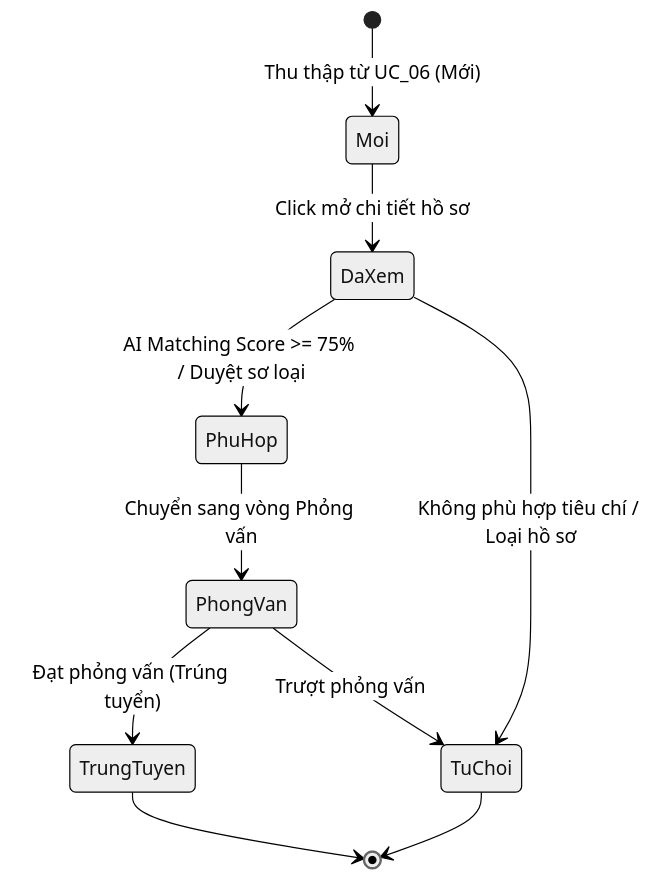
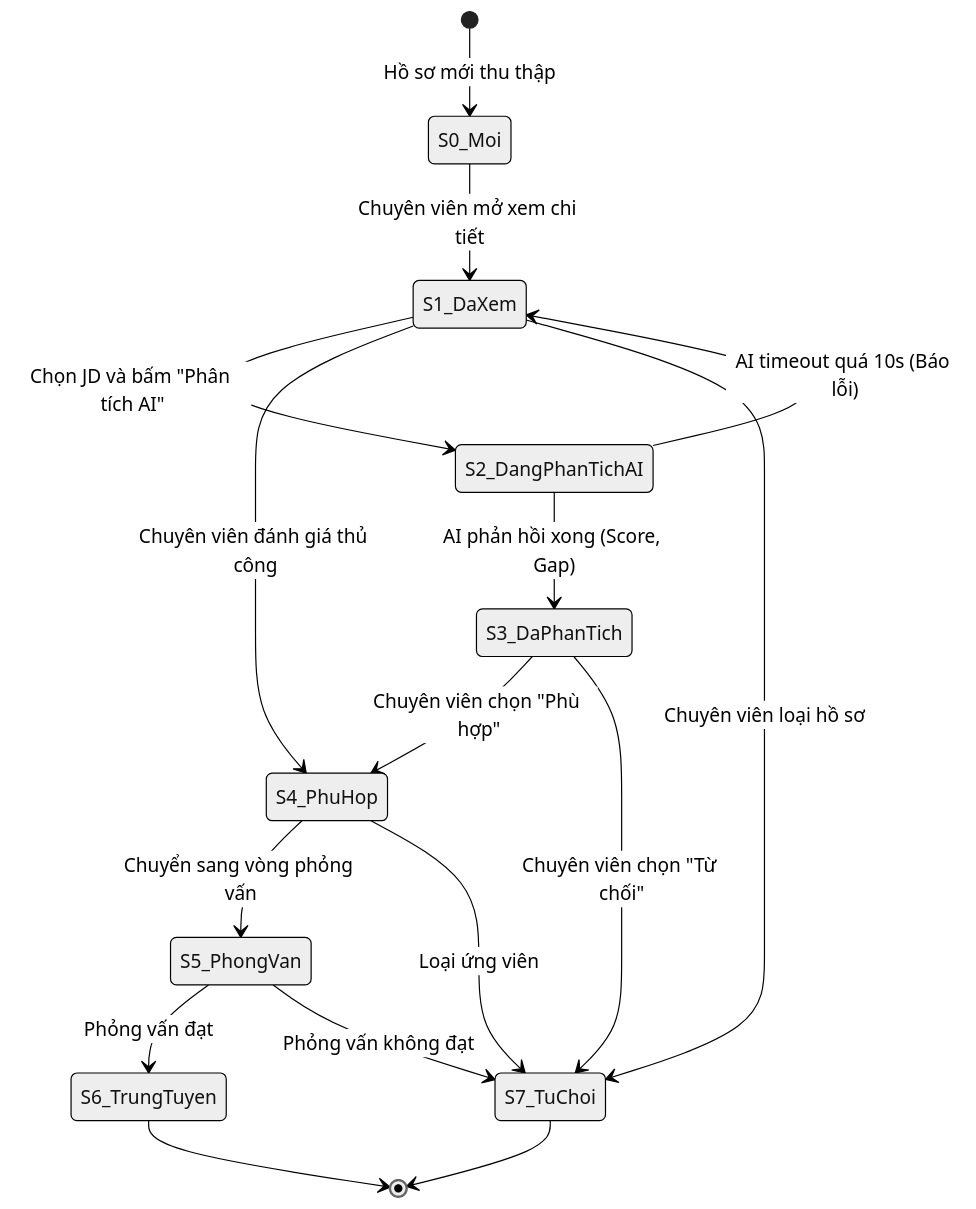
Before and after one commit to pvduy23052005/cse462-testing: the diagram in hop-den/KiemThuHopDen_UC07_QuanLyVaPhanTichHoSo.md, drawn with Mermaid (neutral theme). The commit also changed other lines of this file and 5 other files, not shown here.

````diff
--- a/hop-den/KiemThuHopDen_UC07_QuanLyVaPhanTichHoSo.md
+++ b/hop-den/KiemThuHopDen_UC07_QuanLyVaPhanTichHoSo.md
@@ -213,12 +105,18 @@
 ```mermaid
 stateDiagram-v2
-    [*] --> Moi: Thu thập từ UC_06 (Mới)
-    Moi --> DaXem: Click mở chi tiết hồ sơ
-    DaXem --> PhuHop: AI Matching Score >= 75% / Duyệt sơ loại
-    DaXem --> TuChoi: Không phù hợp tiêu chí / Loại hồ sơ
-    PhuHop --> PhongVan: Chuyển sang vòng Phỏng vấn
-    PhongVan --> TrungTuyen: Đạt phỏng vấn (Trúng tuyển)
-    PhongVan --> TuChoi: Trượt phỏng vấn
-    TrungTuyen --> [*]
-    TuChoi --> [*]
+    [*] --> S0_Moi : Hồ sơ mới thu thập
+    S0_Moi --> S1_DaXem : Chuyên viên mở xem chi tiết
+    S1_DaXem --> S2_DangPhanTichAI : Chọn JD và bấm "Phân tích AI"
+    S1_DaXem --> S4_PhuHop : Chuyên viên đánh giá thủ công
+    S1_DaXem --> S7_TuChoi : Chuyên viên loại hồ sơ
+    S2_DangPhanTichAI --> S3_DaPhanTich : AI phản hồi xong (Score, Gap)
+    S2_DangPhanTichAI --> S1_DaXem : AI timeout quá 10s (Báo lỗi)
+    S3_DaPhanTich --> S4_PhuHop : Chuyên viên chọn "Phù hợp"
+    S3_DaPhanTich --> S7_TuChoi : Chuyên viên chọn "Từ chối"
+    S4_PhuHop --> S5_PhongVan : Chuyển sang vòng phỏng vấn
+    S4_PhuHop --> S7_TuChoi : Loại ứng viên
+    S5_PhongVan --> S6_TrungTuyen : Phỏng vấn đạt
+    S5_PhongVan --> S7_TuChoi : Phỏng vấn không đạt
+    S6_TrungTuyen --> [*]
+    S7_TuChoi --> [*]
 ```
````
